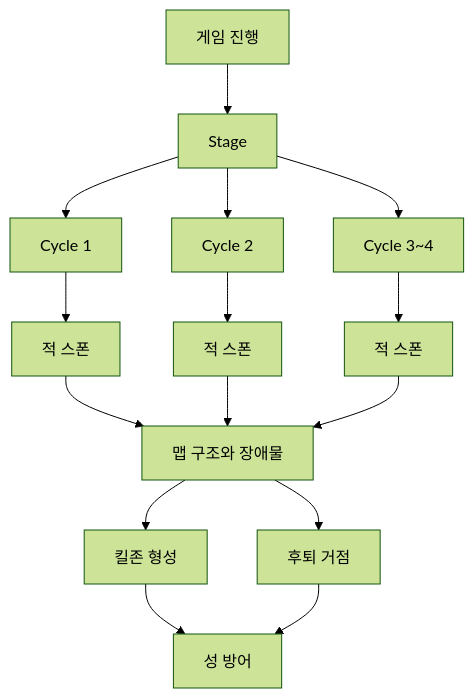
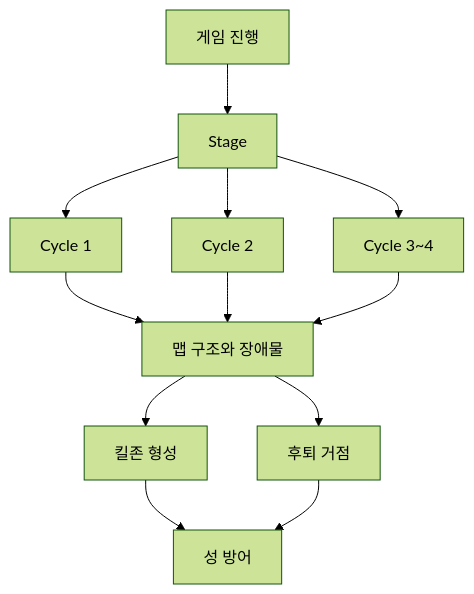
One commit to leeminq1/flutter_game_depense_hero changed the first of 4 diagrams in docs/design-docs/map-authoring/visual-guide.md. Above: the diagram before and after it, drawn with Mermaid (forest theme). The commit also changed other lines of this file and 3 other files, not shown here.

````diff
--- a/docs/design-docs/map-authoring/visual-guide.md
+++ b/docs/design-docs/map-authoring/visual-guide.md
@@ -15,17 +15,14 @@
 ```mermaid
 flowchart TD
     G["게임 진행"] --> S["Stage"]
-    S --> C["Cycle 1"]
-    S --> D["Cycle 2"]
-    S --> E["Cycle 3~4"]
-    C --> P["적 스폰"]
-    D --> P2["적 스폰"]
-    E --> P3["적 스폰"]
-    P --> M["맵 구조와 장애물"]
-    P2 --> M
-    P3 --> M
+    S --> C1["Cycle 1"]
+    S --> C2["Cycle 2"]
+    S --> C3["Cycle 3~4"]
+    C1 --> M["맵 구조와 장애물"]
+    C2 --> M
+    C3 --> M
     M --> K["킬존 형성"]
     M --> F["후퇴 거점"]
     K --> R["성 방어"]
     F --> R
 ```
````
